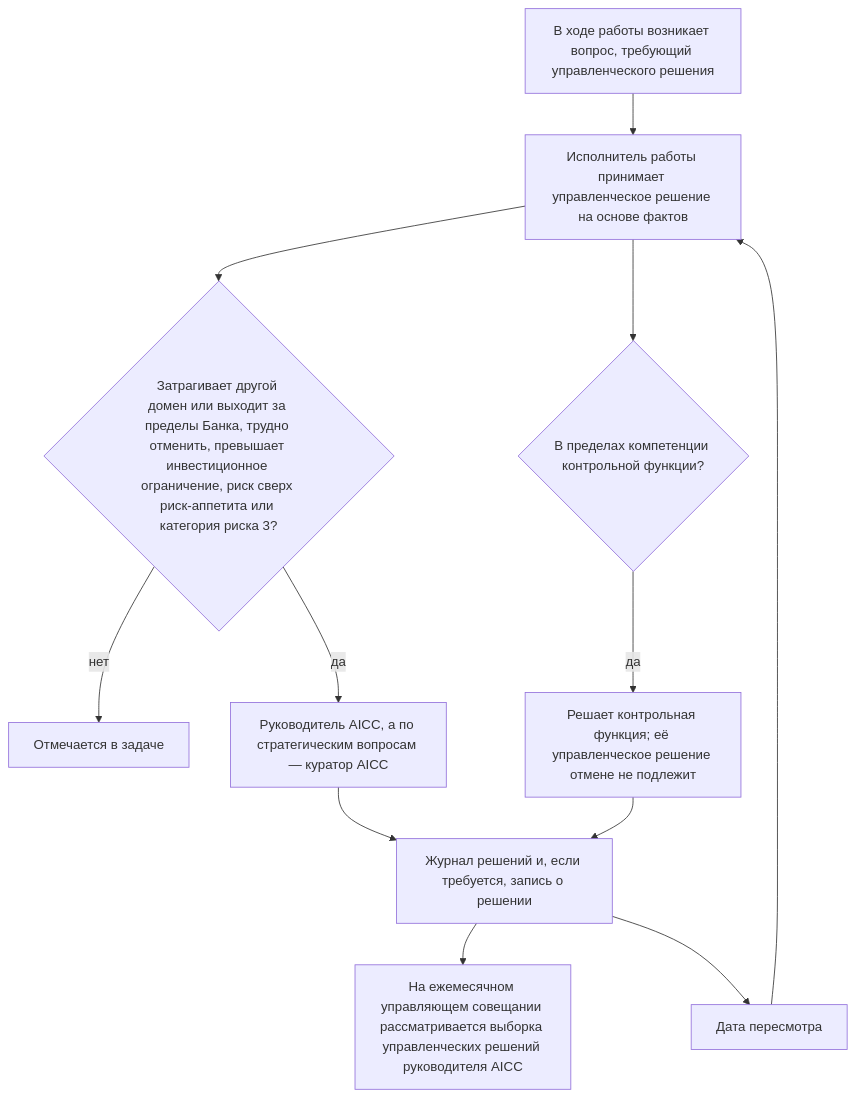
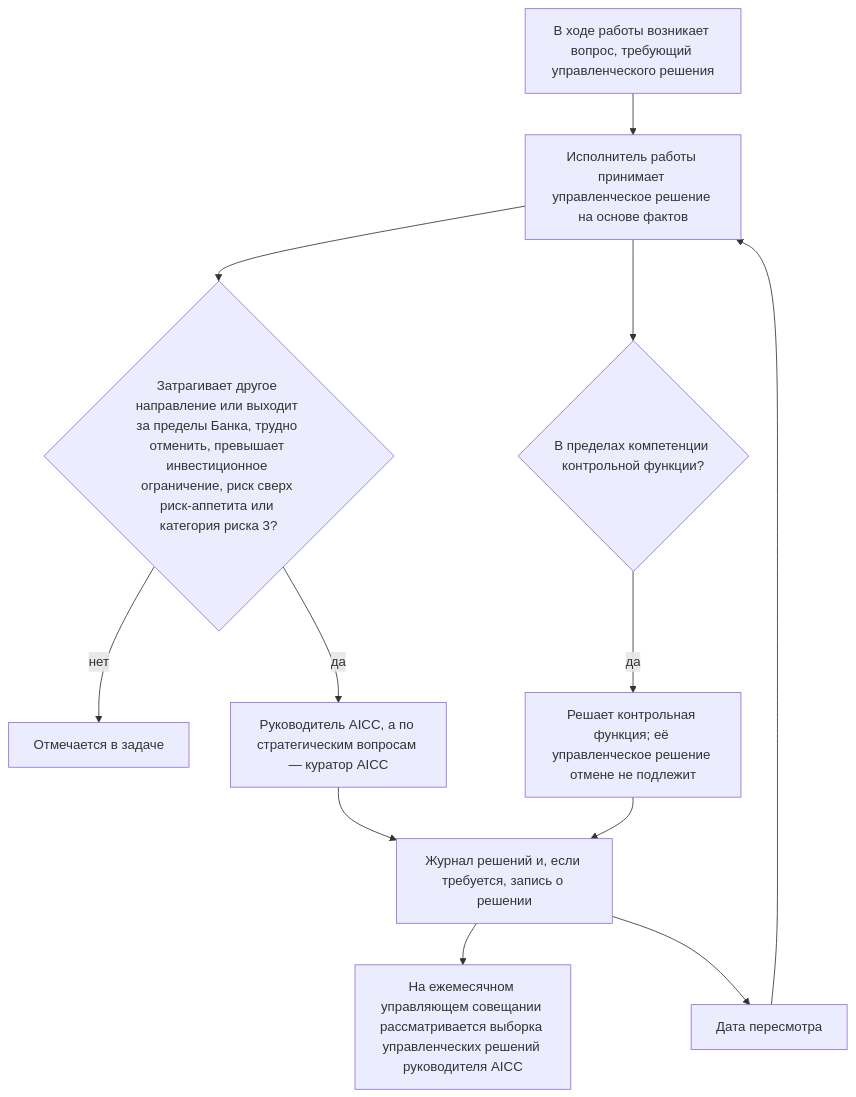
Before and after one commit to devhogu/ob-aicc: the first of 8 diagrams in charter/ru/documents/operating-model.md, drawn with Mermaid. The commit also changed other lines of this file and 290 other files, not shown here.

First line of the commit message:
Russian edition: Domain is «направление» (владелец направления, эксперт направления); Strategic Priority 3 is «AI в работе направлений Банка»

````diff
--- a/charter/ru/documents/operating-model.md
+++ b/charter/ru/documents/operating-model.md
@@ -121,14 +121,14 @@
 ```mermaid
 flowchart TB
   A["В ходе работы возникает вопрос, требующий управленческого решения"] --> B["Исполнитель работы принимает управленческое решение на основе фактов"]
-  B --> C{"Затрагивает другой домен или выходит за пределы Банка, трудно отменить, превышает инвестиционное ограничение, риск сверх риск-аппетита или категория риска 3?"}
+  B --> C{"Затрагивает другое направление или выходит за пределы Банка, трудно отменить, превышает инвестиционное ограничение, риск сверх риск-аппетита или категория риска 3?"}
   C -->|нет| D["Отмечается в задаче"]
   C -->|да| E["Руководитель AICC, а по стратегическим вопросам — куратор AICC"]
   B --> G{"В пределах компетенции контрольной функции?"}
   G -->|да| H["Решает контрольная функция; её управленческое решение отмене не подлежит"]
   E --> F["Журнал решений и, если требуется, запись о решении"]
   H --> F
   F --> S["На ежемесячном управляющем совещании рассматривается выборка управленческих решений руководителя AICC"]
   F --> R["Дата пересмотра"]
   R --> B
 ```
````
